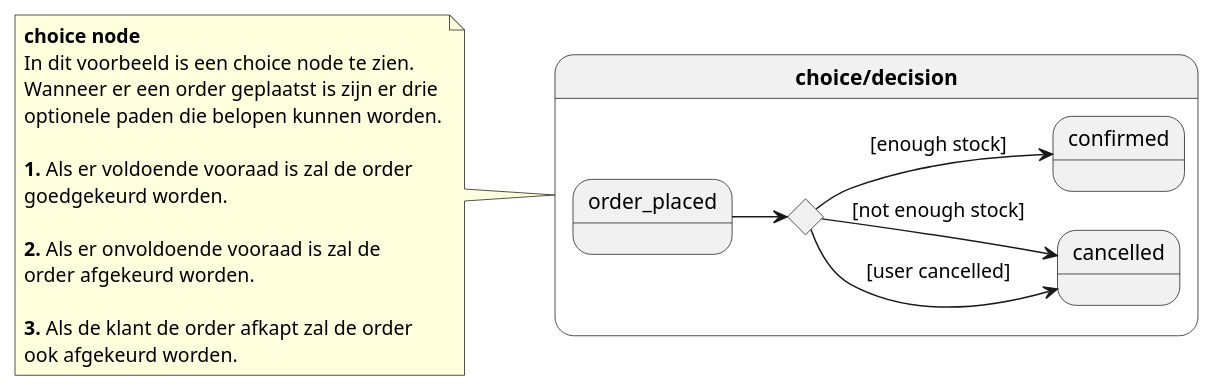
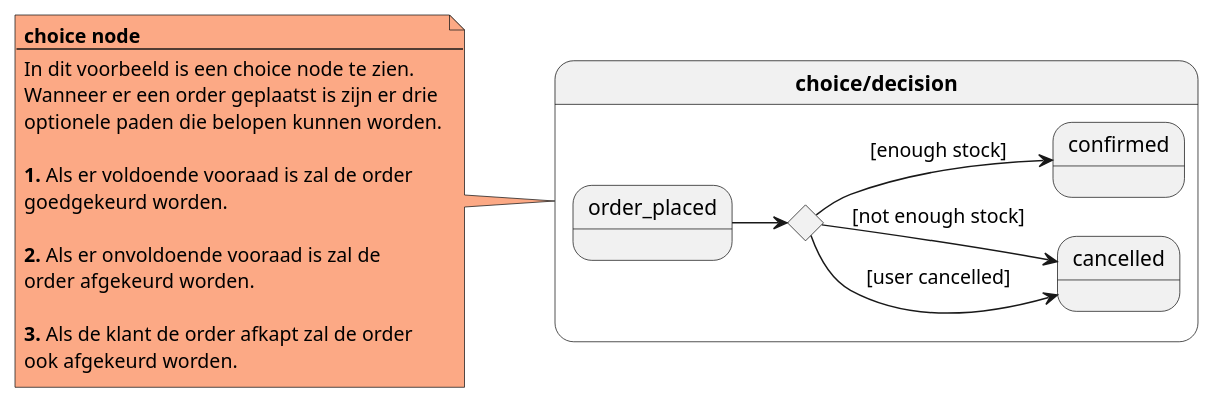
The diagram in plantuml/state/choice_decision.puml (LukevLuijn/cheat_sheet_osm_mo), drawn with PlantUML before and after one commit. The commit also changed 52 other files, not shown here.

Commit message:
[cheat-sheet] added colors to all diagrams.

```diff
--- a/plantuml/state/choice_decision.puml
+++ b/plantuml/state/choice_decision.puml
@@ -1,30 +1,31 @@
 @startuml
 'https://plantuml.com/state-diagram
 
 left to right direction
 
 state s1 as "**choice/decision**" {
     state c <<choice>>
 
     order_placed --> c
     c --> confirmed : [enough stock]
     c --> cancelled : [not enough stock]
     c --> cancelled : [user cancelled]
 }
 
-note left of s1
+note left of s1 #FCA985
     **choice node**
+    --
     In dit voorbeeld is een choice node te zien.
     Wanneer er een order geplaatst is zijn er drie
     optionele paden die belopen kunnen worden.
 
     **1.** Als er voldoende vooraad is zal de order
     goedgekeurd worden.
 
     **2.** Als er onvoldoende vooraad is zal de
     order afgekeurd worden.
 
     **3.** Als de klant de order afkapt zal de order
     ook afgekeurd worden.
 end note
 @enduml
```
